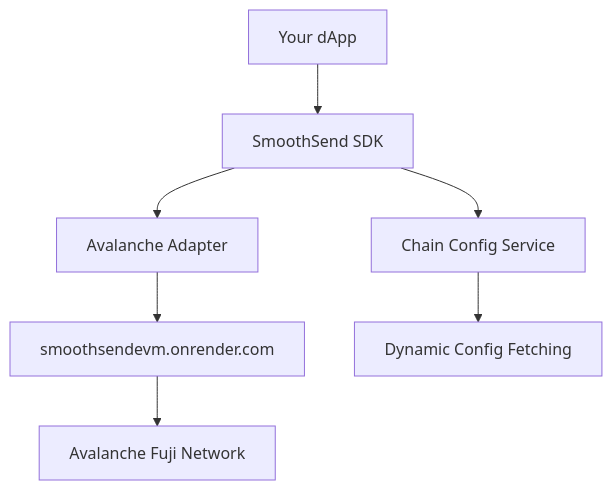
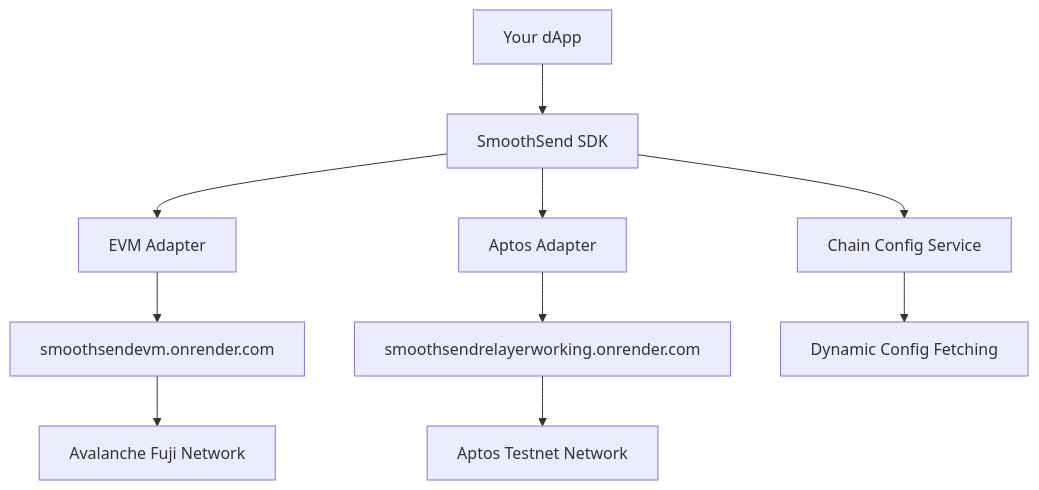
One commit to SmoothSend/smoothsend-sdk-docs changed the diagram in index.md. Above: the diagram before and after it, drawn with Mermaid. The commit also changed other lines of this file and 9 other files, not shown here.

Commit message:
docs: remove changelog and package files; update documentation to reflect support for both Avalanche Fuji and Aptos testnets, enhance examples, and clarify installation and usage instructions

````diff
--- a/index.md
+++ b/index.md
@@ -61,9 +78,12 @@
 ```mermaid
 graph TD
     A[Your dApp] --> B[SmoothSend SDK]
-    B --> C[Avalanche Adapter]
-    B --> D[Chain Config Service]
-    C --> E[smoothsendevm.onrender.com]
-    D --> F[Dynamic Config Fetching]
-    E --> G[Avalanche Fuji Network]
+    B --> C[EVM Adapter]
+    B --> D[Aptos Adapter]
+    B --> E[Chain Config Service]
+    C --> F[smoothsendevm.onrender.com]
+    D --> G[smoothsendrelayerworking.onrender.com]
+    E --> H[Dynamic Config Fetching]
+    F --> I[Avalanche Fuji Network]
+    G --> J[Aptos Testnet Network]
 ```
````
